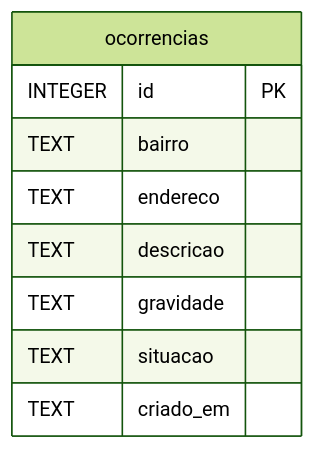
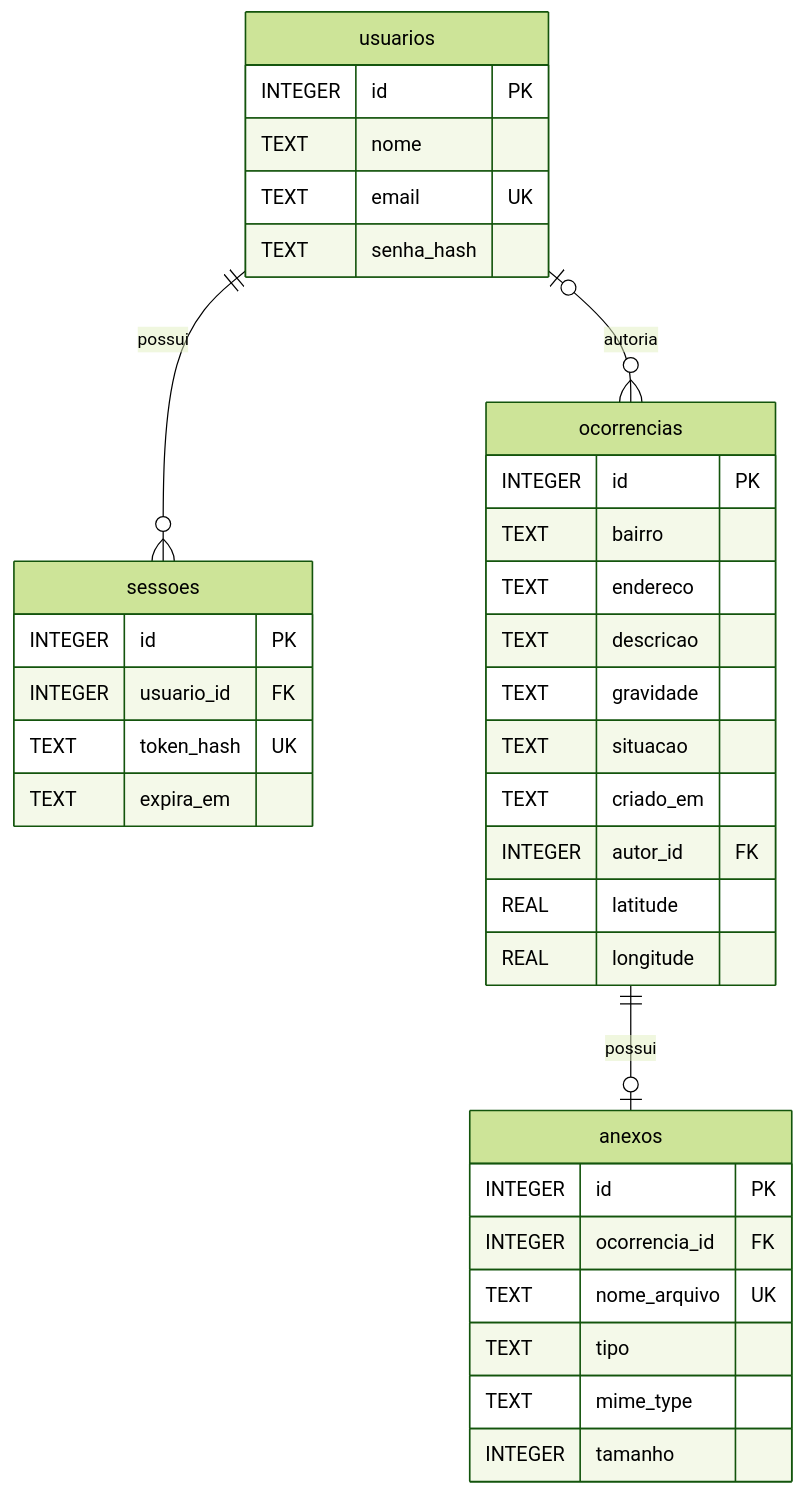
Before and after one commit to matheuslagares/APS_8: the fifth of 5 diagrams in documentacao/ARQUITETURA.md, drawn with Mermaid (forest theme). The commit also changed other lines of this file and 59 other files, not shown here.

````diff
--- a/documentacao/ARQUITETURA.md
+++ b/documentacao/ARQUITETURA.md
@@ -115,12 +146,38 @@
 ```mermaid
 erDiagram
+    usuarios ||--o{ sessoes : possui
+    usuarios o|--o{ ocorrencias : autoria
+    ocorrencias ||--o| anexos : possui
+    usuarios {
+        INTEGER id PK
+        TEXT nome
+        TEXT email UK
+        TEXT senha_hash
+    }
+    sessoes {
+        INTEGER id PK
+        INTEGER usuario_id FK
+        TEXT token_hash UK
+        TEXT expira_em
+    }
     ocorrencias {
         INTEGER id PK
         TEXT bairro
         TEXT endereco
         TEXT descricao
         TEXT gravidade
         TEXT situacao
         TEXT criado_em
+        INTEGER autor_id FK
+        REAL latitude
+        REAL longitude
+    }
+    anexos {
+        INTEGER id PK
+        INTEGER ocorrencia_id FK
+        TEXT nome_arquivo UK
+        TEXT tipo
+        TEXT mime_type
+        INTEGER tamanho
     }
 ```
````
